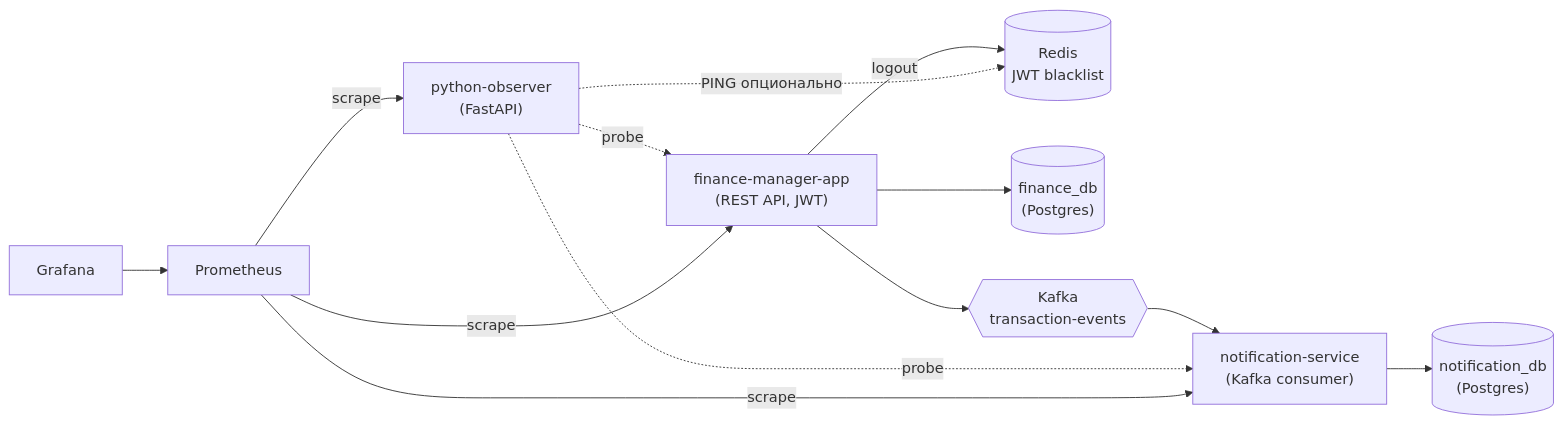
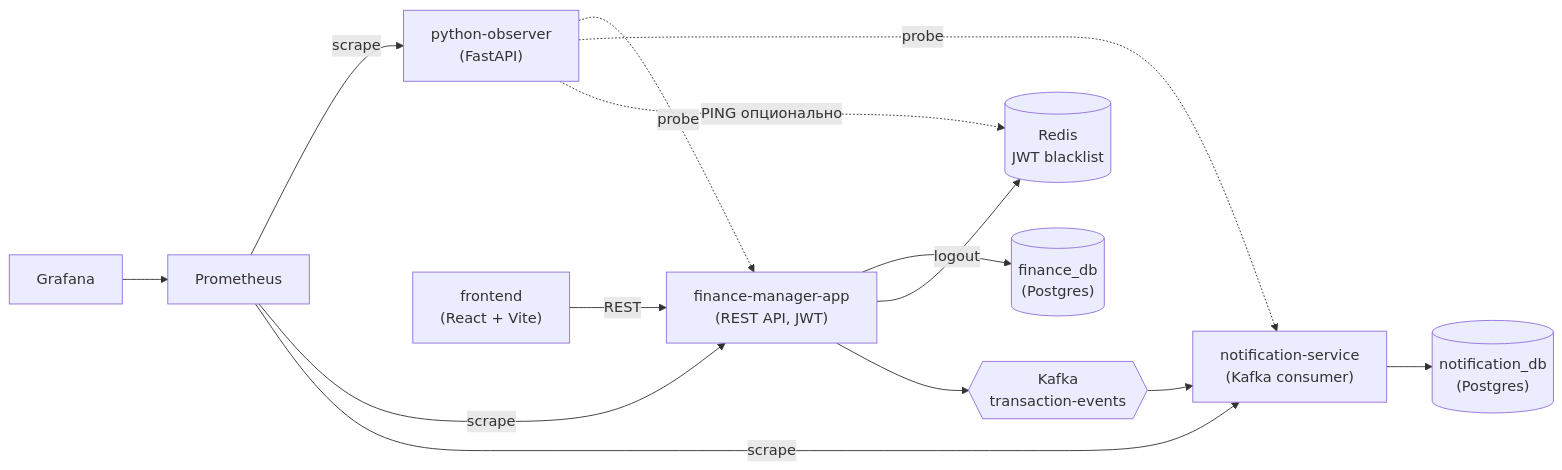
One commit to Korteng/finance-manager changed the diagram in README.md. Above: the diagram before and after it, drawn with Mermaid. The commit also changed other lines of this file and 51 other files, not shown here.

````diff
--- a/README.md
+++ b/README.md
@@ -7,17 +7,19 @@
 ```mermaid
 flowchart LR
     GRAF["Grafana"] --> PROM["Prometheus"]
     PROM -- "scrape" --> OBS["python-observer<br/>(FastAPI)"]
     PROM -- "scrape" --> APP["finance-manager-app<br/>(REST API, JWT)"]
     PROM -- "scrape" --> NOTIF["notification-service<br/>(Kafka consumer)"]
+
+    FE["frontend<br/>(React + Vite)"] -- "REST" --> APP
 
     OBS -. "probe" .-> APP
     OBS -. "probe" .-> NOTIF
     OBS -. "PING опционально" .-> REDIS[("Redis<br/>JWT blacklist")]
 
     APP --> DB1[("finance_db<br/>(Postgres)")]
     APP -- "logout" --> REDIS
     APP --> KAFKA{{"Kafka<br/>transaction-events"}}
     KAFKA --> NOTIF
     NOTIF --> DB2[("notification_db<br/>(Postgres)")]
 ```
````
